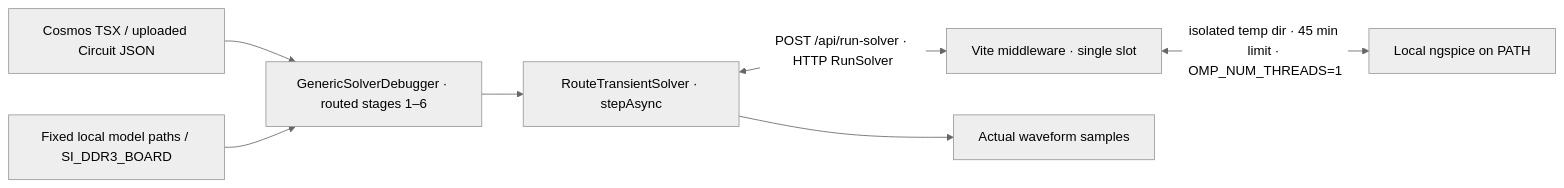
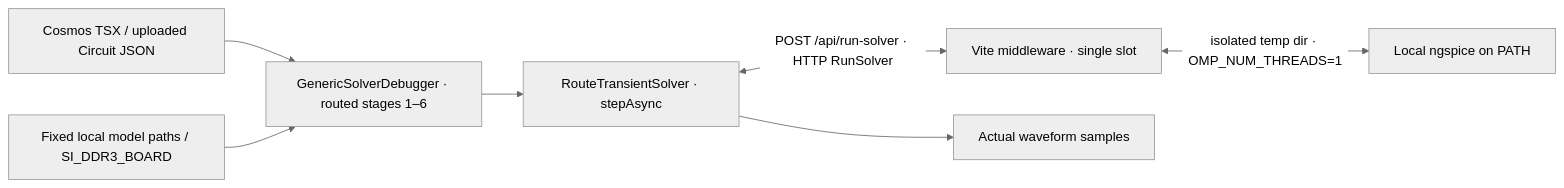
One commit to draarivpatel-ui/signal-integrity-pipeline changed the first of 4 diagrams in README.md. Above: the diagram before and after it, drawn with Mermaid (neutral theme). The commit also changed other lines of this file and 1 other file, not shown here.

Commit message:
Document the uncapped local solver queue

````diff
--- a/README.md
+++ b/README.md
@@ -101,9 +101,9 @@
 ```mermaid
 flowchart LR
   fixture["Cosmos TSX / uploaded Circuit JSON"] --> debugger["GenericSolverDebugger · routed stages 1–6"]
   assets["Fixed local model paths / SI_DDR3_BOARD"] --> debugger
   debugger --> transient["RouteTransientSolver · stepAsync"]
   transient <-->|"POST /api/run-solver · HTTP RunSolver"| queue["Vite middleware · single slot"]
-  queue <-->|"isolated temp dir · 45 min limit · OMP_NUM_THREADS=1"| native["Local ngspice on PATH"]
+  queue <-->|"isolated temp dir · OMP_NUM_THREADS=1"| native["Local ngspice on PATH"]
   transient --> capture["Actual waveform samples"]
 ```
````
